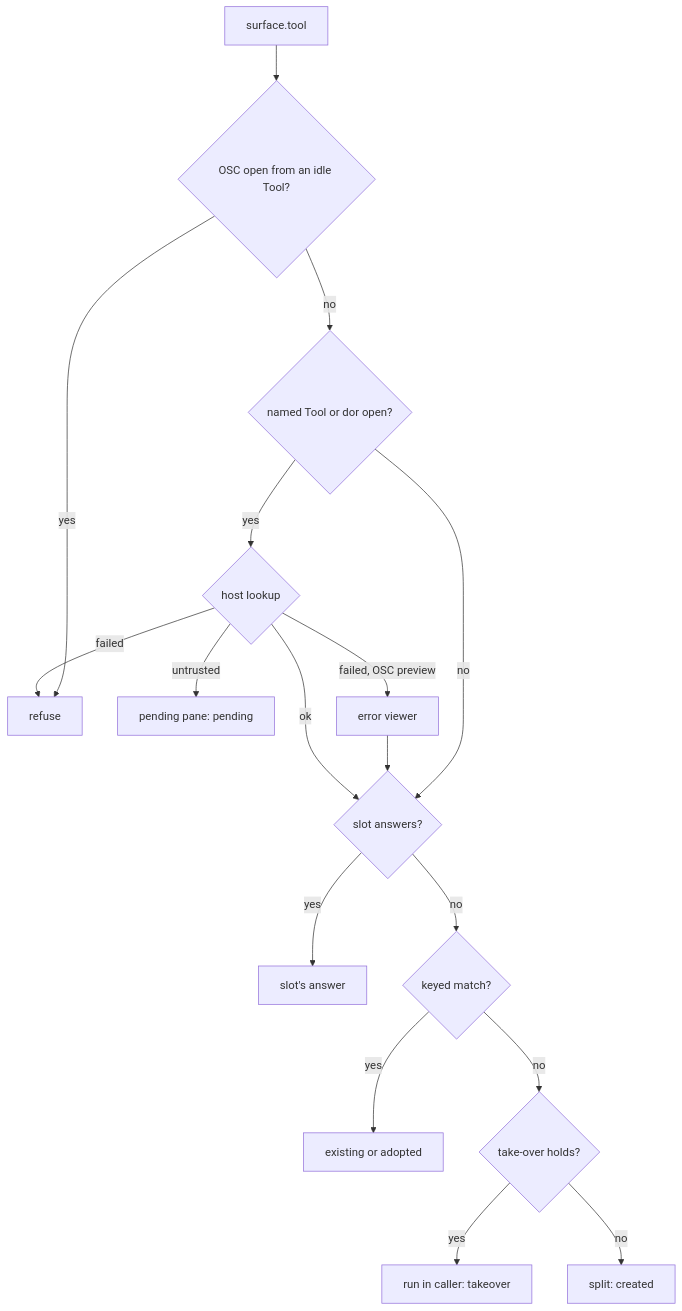
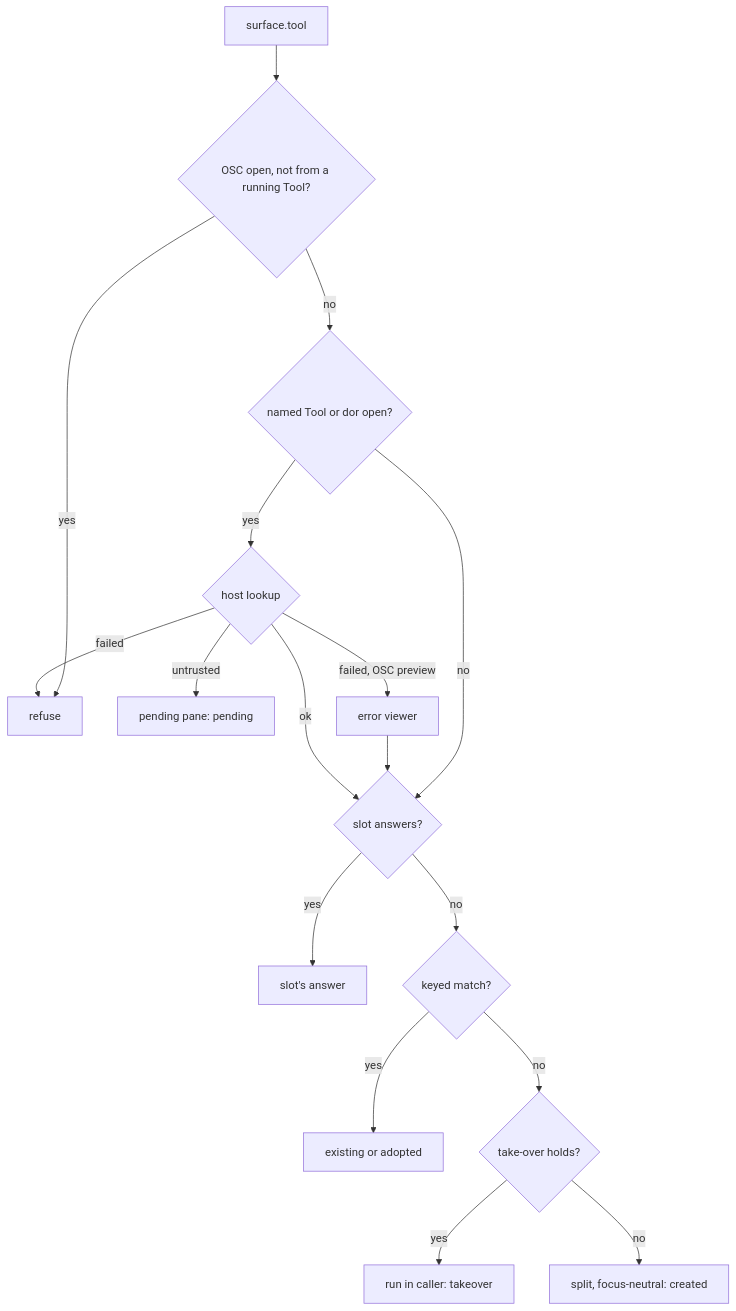
Before and after one commit to diffplug/dormouse: the first of 3 diagrams in docs/specs/dor-tool.md, drawn with Mermaid.

Commit message:
dor-tool: review fixes to the placement precedence diagram
Fixes cdde8d8a7:
- Restore the dropped contract that a new Tool splits focus-neutrally:
  "split, focus-neutral: created".
- The code refuses any OSC 367 open not from the running designated
  command, non-Tool Sessions included (use-dor-control.ts): "OSC open,
  not from a running Tool?".

````diff
--- a/docs/specs/dor-tool.md
+++ b/docs/specs/dor-tool.md
@@ -135,18 +135,18 @@
 ```mermaid
 flowchart TD
-  R[surface.tool] --> O{OSC open from an idle Tool?}
+  R[surface.tool] --> O{OSC open, not from a running Tool?}
   O -- yes --> X[refuse]
   O -- no --> L{named Tool or dor open?}
   L -- no --> PS
   L -- yes --> LK{host lookup}
   LK -- untrusted --> PE[pending pane: pending]
   LK -- failed --> X
   LK -- failed, OSC preview --> EV[error viewer] --> PS
   LK -- ok --> PS{slot answers?}
   PS -- yes --> S[slot's answer]
   PS -- no --> K{keyed match?}
   K -- yes --> M[existing or adopted]
   K -- no --> T{take-over holds?}
   T -- yes --> TO[run in caller: takeover]
-  T -- no --> SP[split: created]
+  T -- no --> SP[split, focus-neutral: created]
 ```
````
